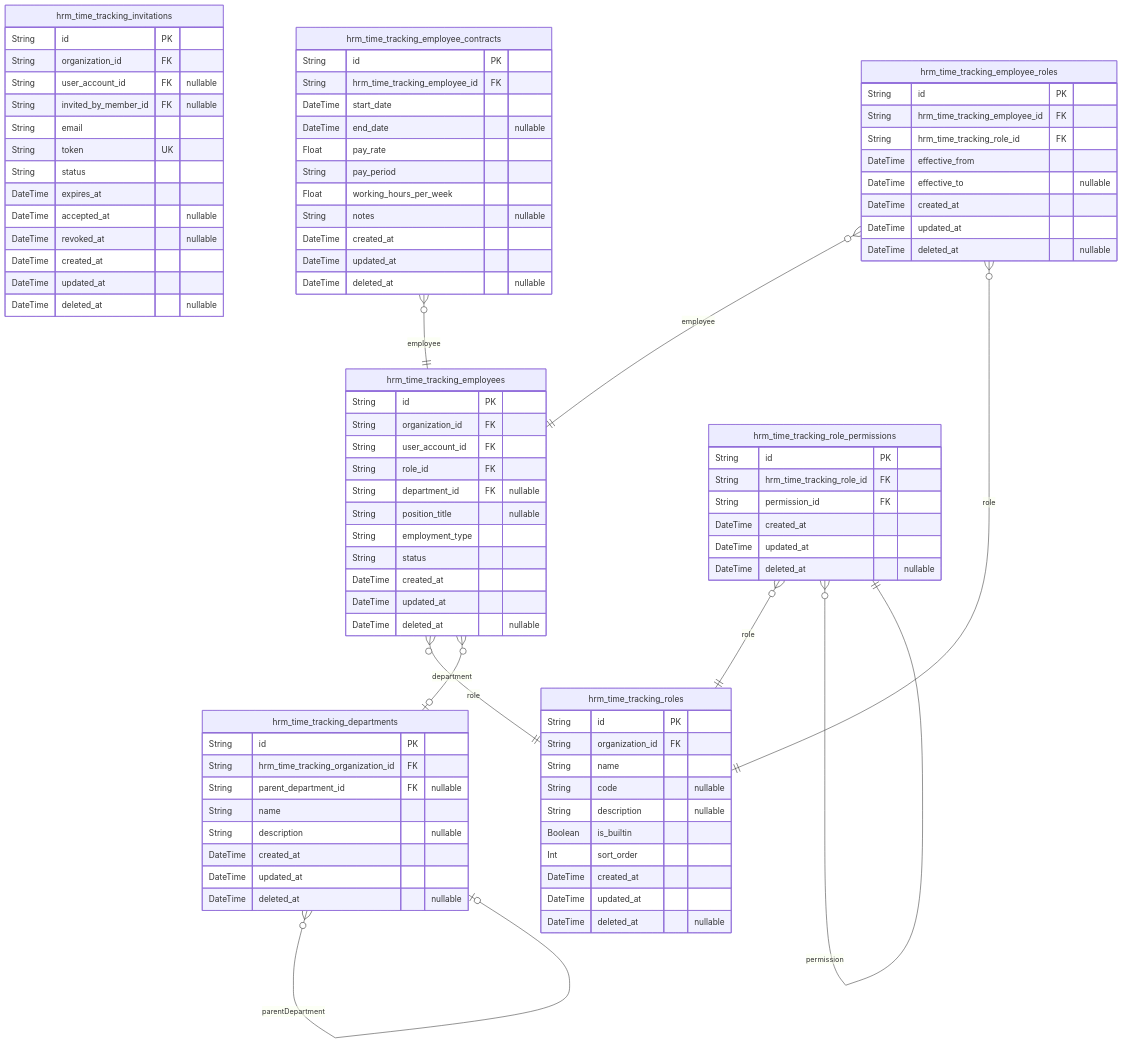
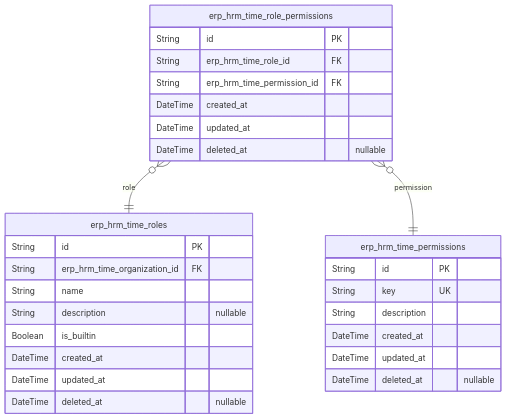
One commit to wrtnlabs/autobe-examples changed the fifth of 9 diagrams in openai/gpt-5.4-mini/erp/docs/ERD.md. Above: the diagram before and after it, drawn with Mermaid. The commit also changed other lines of this file and 9017 other files, not shown here.

````diff
--- a/openai/gpt-5.4-mini/erp/docs/ERD.md
+++ b/openai/gpt-5.4-mini/erp/docs/ERD.md
@@ -329,92 +474,31 @@
 ```mermaid
 erDiagram
-"hrm_time_tracking_invitations" {
+"erp_hrm_time_roles" {
   String id PK
-  String organization_id FK
-  String user_account_id FK "nullable"
-  String invited_by_member_id FK "nullable"
-  String email
-  String token UK
-  String status
-  DateTime expires_at
-  DateTime accepted_at "nullable"
-  DateTime revoked_at "nullable"
+  String erp_hrm_time_organization_id FK
+  String name
+  String description "nullable"
+  Boolean is_builtin
   DateTime created_at
   DateTime updated_at
   DateTime deleted_at "nullable"
 }
-"hrm_time_tracking_departments" {
+"erp_hrm_time_permissions" {
   String id PK
-  String hrm_time_tracking_organization_id FK
-  String parent_department_id FK "nullable"
-  String name
-  String description "nullable"
+  String key UK
+  String description
   DateTime created_at
   DateTime updated_at
   DateTime deleted_at "nullable"
 }
-"hrm_time_tracking_employees" {
+"erp_hrm_time_role_permissions" {
   String id PK
-  String organization_id FK
-  String user_account_id FK
-  String role_id FK
-  String department_id FK "nullable"
-  String position_title "nullable"
-  String employment_type
-  String status
+  String erp_hrm_time_role_id FK
+  String erp_hrm_time_permission_id FK
   DateTime created_at
   DateTime updated_at
   DateTime deleted_at "nullable"
 }
-"hrm_time_tracking_employee_contracts" {
-  String id PK
-  String hrm_time_tracking_employee_id FK
-  DateTime start_date
-  DateTime end_date "nullable"
-  Float pay_rate
-  String pay_period
-  Float working_hours_per_week
-  String notes "nullable"
-  DateTime created_at
-  DateTime updated_at
-  DateTime deleted_at "nullable"
-}
-"hrm_time_tracking_roles" {
-  String id PK
-  String organization_id FK
-  String name
-  String code "nullable"
-  String description "nullable"
-  Boolean is_builtin
-  Int sort_order
-  DateTime created_at
-  DateTime updated_at
-  DateTime deleted_at "nullable"
-}
-"hrm_time_tracking_role_permissions" {
-  String id PK
-  String hrm_time_tracking_role_id FK
-  String permission_id FK
-  DateTime created_at
-  DateTime updated_at
-  DateTime deleted_at "nullable"
-}
-"hrm_time_tracking_employee_roles" {
-  String id PK
-  String hrm_time_tracking_employee_id FK
-  String hrm_time_tracking_role_id FK
-  DateTime effective_from
-  DateTime effective_to "nullable"
-  DateTime created_at
-  DateTime updated_at
-  DateTime deleted_at "nullable"
-}
-"hrm_time_tracking_departments" }o--o| "hrm_time_tracking_departments" : parentDepartment
-"hrm_time_tracking_employees" }o--|| "hrm_time_tracking_roles" : role
-"hrm_time_tracking_employees" }o--o| "hrm_time_tracking_departments" : department
-"hrm_time_tracking_employee_contracts" }o--|| "hrm_time_tracking_employees" : employee
-"hrm_time_tracking_role_permissions" }o--|| "hrm_time_tracking_roles" : role
-"hrm_time_tracking_role_permissions" }o--|| "hrm_time_tracking_role_permissions" : permission
-"hrm_time_tracking_employee_roles" }o--|| "hrm_time_tracking_employees" : employee
-"hrm_time_tracking_employee_roles" }o--|| "hrm_time_tracking_roles" : role
+"erp_hrm_time_role_permissions" }o--|| "erp_hrm_time_roles" : role
+"erp_hrm_time_role_permissions" }o--|| "erp_hrm_time_permissions" : permission
 ```
````
